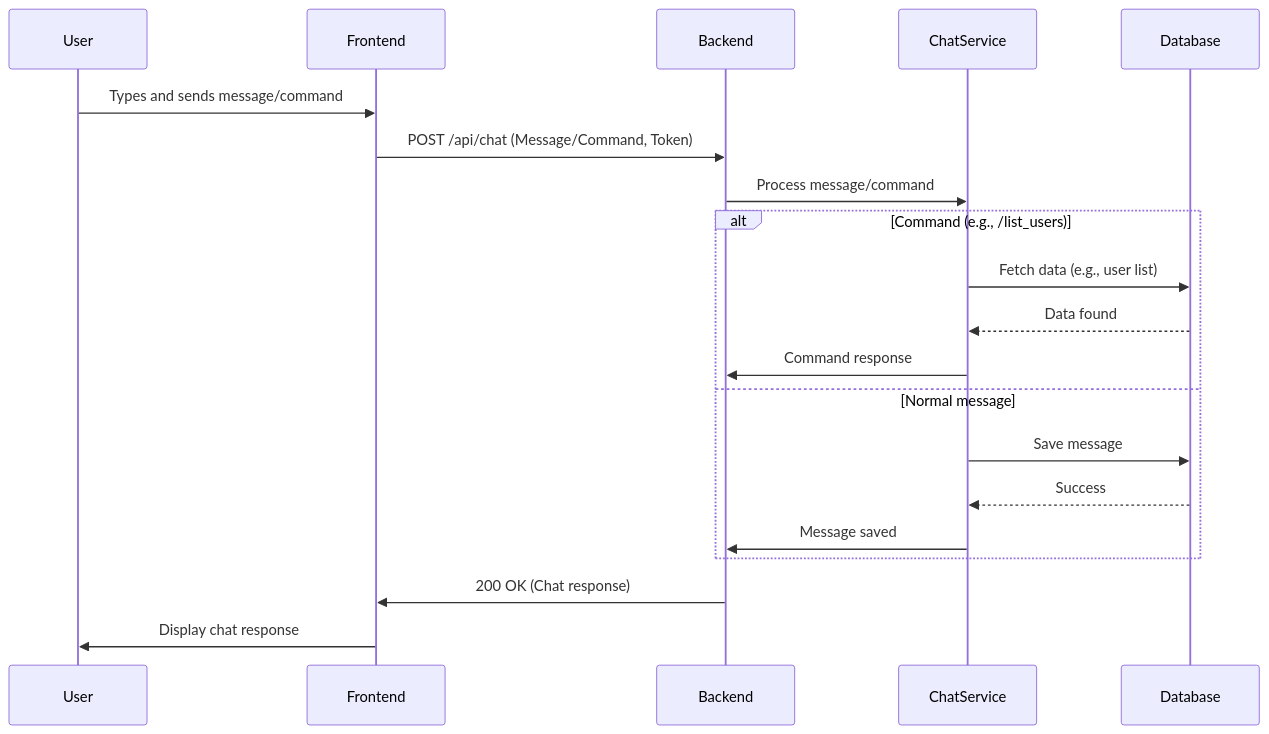
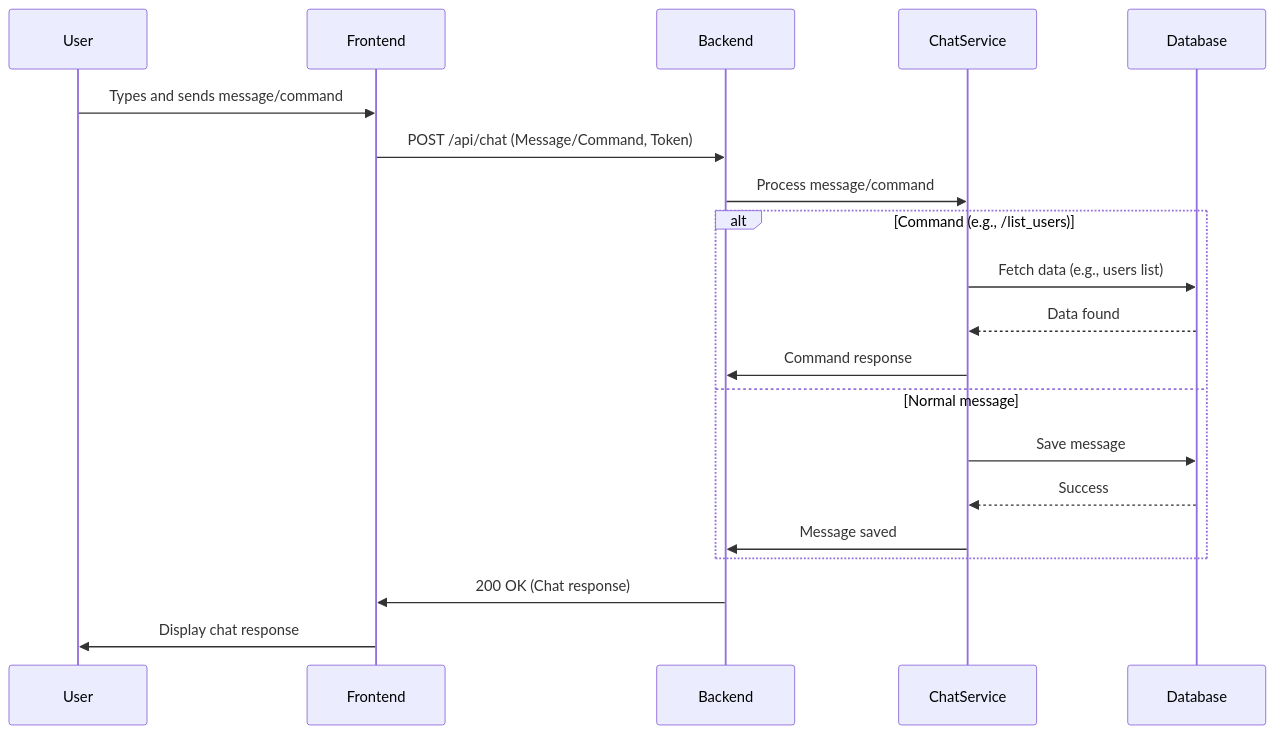
Before and after one commit to Hyuse98/furia-chat-bot-backend: the fourth of 4 diagrams in README.md, drawn with Mermaid. The commit also changed other lines of this file, not shown here.

````diff
--- a/README.md
+++ b/README.md
@@ -122,23 +180,23 @@
 ```mermaid
 sequenceDiagram
     participant User
     participant Frontend
     participant Backend
     participant ChatService
     participant Database
 
     User->>Frontend: Types and sends message/command
     Frontend->>Backend: POST /api/chat (Message/Command, Token)
     Backend->>ChatService: Process message/command
     alt Command (e.g., /list_users)
-        ChatService->>Database: Fetch data (e.g., user list)
+        ChatService->>Database: Fetch data (e.g., users list)
         Database-->>ChatService: Data found
         ChatService->>Backend: Command response
     else Normal message
         ChatService->>Database: Save message
         Database-->>ChatService: Success
         ChatService->>Backend: Message saved
     end
     Backend->>Frontend: 200 OK (Chat response)
     Frontend->>User: Display chat response
 ```
````
